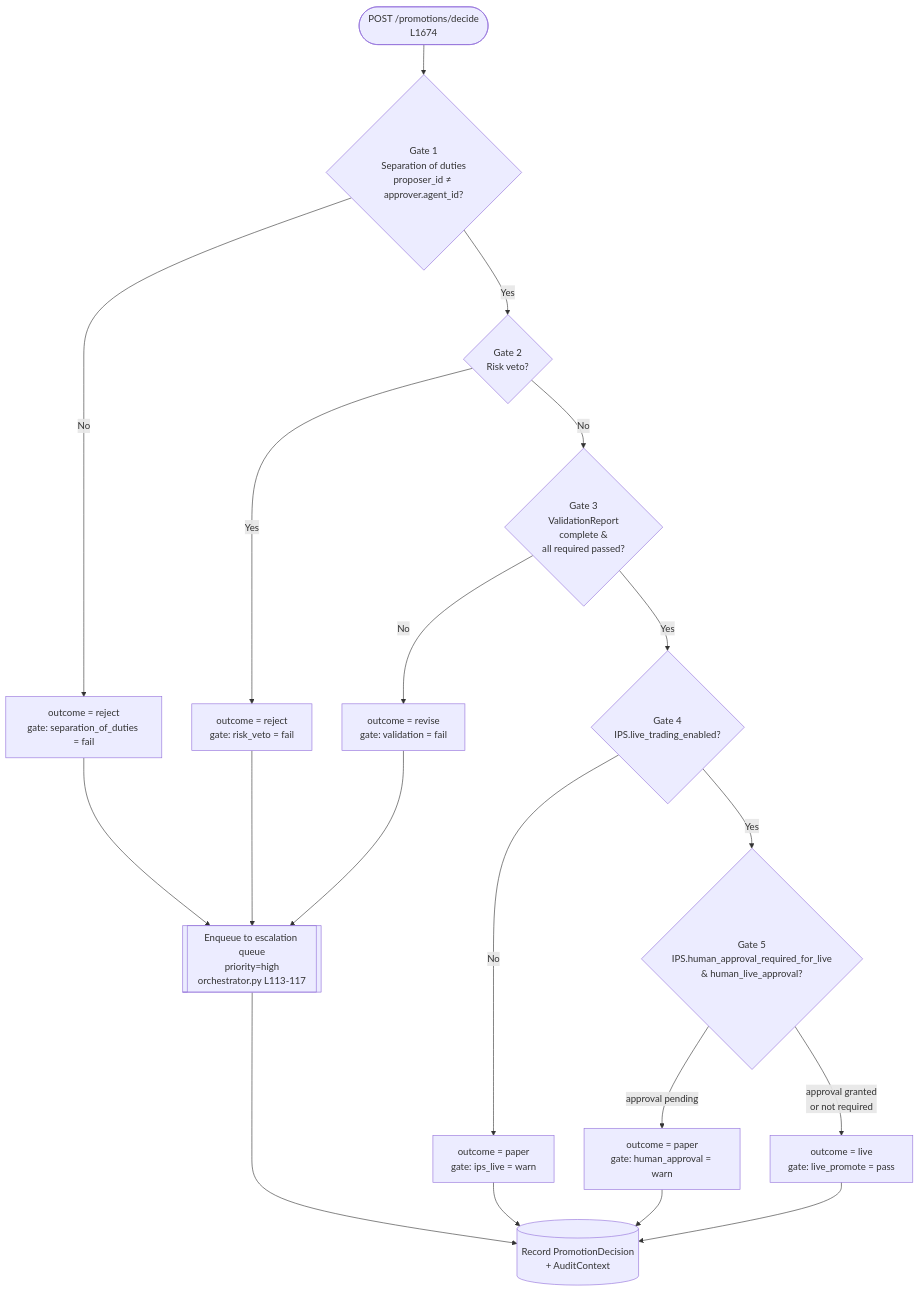
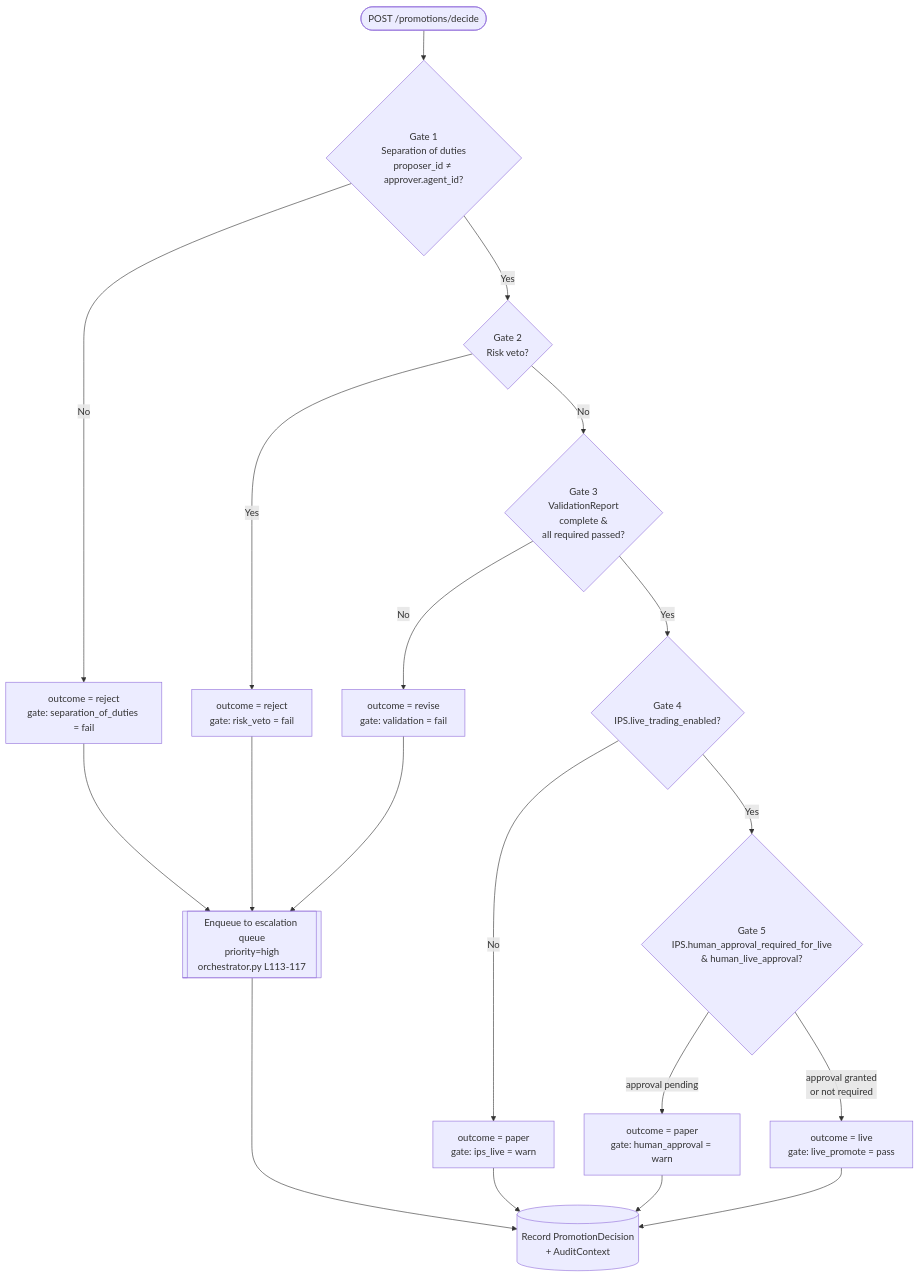
One commit to brandonkindred/Khala-Agentic-AI-Teams changed the third of 4 diagrams in backend/agents/investment_team/system_design/flow_charts.md. Above: the diagram before and after it, drawn with Mermaid. The commit also changed other lines of this file and 8 other files, not shown here.

````diff
--- a/backend/agents/investment_team/system_design/flow_charts.md
+++ b/backend/agents/investment_team/system_design/flow_charts.md
@@ -212,22 +214,22 @@
 ```mermaid
 flowchart TD
-    START([POST /promotions/decide<br/>L1674]) --> G1{Gate 1<br/>Separation of duties<br/>proposer_id ≠ approver.agent_id?}
+    START([POST /promotions/decide]) --> G1{Gate 1<br/>Separation of duties<br/>proposer_id ≠ approver.agent_id?}
     G1 -- No --> REJ1[outcome = reject<br/>gate: separation_of_duties = fail]
     G1 -- Yes --> G2{Gate 2<br/>Risk veto?}
     G2 -- Yes --> REJ2[outcome = reject<br/>gate: risk_veto = fail]
     G2 -- No --> G3{Gate 3<br/>ValidationReport<br/>complete &<br/>all required passed?}
     G3 -- No --> REV[outcome = revise<br/>gate: validation = fail]
     G3 -- Yes --> G4{Gate 4<br/>IPS.live_trading_enabled?}
     G4 -- No --> PAP1[outcome = paper<br/>gate: ips_live = warn]
     G4 -- Yes --> G5{Gate 5<br/>IPS.human_approval_required_for_live<br/>&amp; human_live_approval?}
     G5 -- approval pending --> PAP2[outcome = paper<br/>gate: human_approval = warn]
     G5 -- approval granted<br/>or not required --> LIVE[outcome = live<br/>gate: live_promote = pass]
 
     REJ1 --> ESC[[Enqueue to escalation queue<br/>priority=high<br/>orchestrator.py L113-117]]
     REJ2 --> ESC
     REV --> ESC
     PAP1 --> AUD[(Record PromotionDecision<br/>+ AuditContext)]
     PAP2 --> AUD
     LIVE --> AUD
     ESC --> AUD
 ```
````
